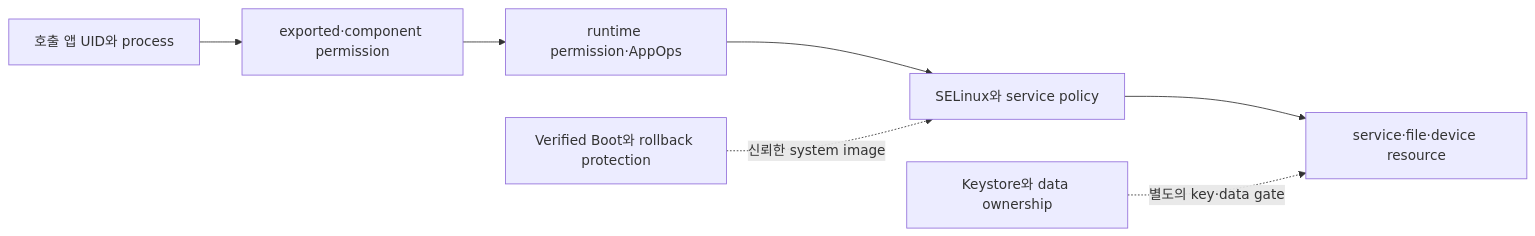
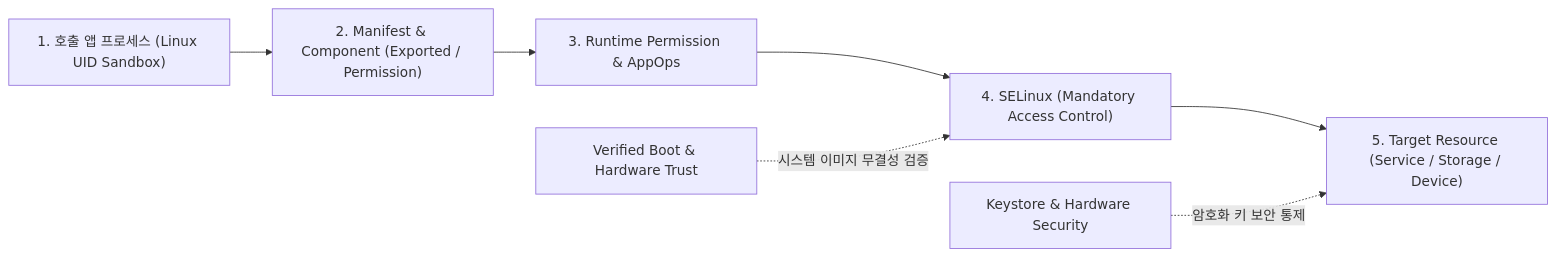
The diagram in 01_inbox/mobile/android/00_foundations/overview/foundation-contracts/android-security-is-layered-from-uid-sandbox-to-permissions-and-verified-boot.md (youngmin-gwon/what-i-studied), drawn with Mermaid before and after one commit. The commit also changed other lines of this file and 13 other files, not shown here.

````diff
--- a/01_inbox/mobile/android/00_foundations/overview/foundation-contracts/android-security-is-layered-from-uid-sandbox-to-permissions-and-verified-boot.md
+++ b/01_inbox/mobile/android/00_foundations/overview/foundation-contracts/android-security-is-layered-from-uid-sandbox-to-permissions-and-verified-boot.md
@@ -16,9 +20,10 @@
 ```mermaid
 flowchart LR
-    Caller["호출 앱 UID와 process"] --> Component["exported·component permission"]
-    Component --> Runtime["runtime permission·AppOps"]
-    Runtime --> MAC["SELinux와 service policy"]
-    MAC --> Resource["service·file·device resource"]
-    Boot["Verified Boot와 rollback protection"] -. "신뢰한 system image" .-> MAC
-    Keys["Keystore와 data ownership"] -. "별도의 key·data gate" .-> Resource
+    Caller["1. 호출 앱 프로세스 (Linux UID Sandbox)"] --> Component["2. Manifest & Component (Exported / Permission)"]
+    Component --> Runtime["3. Runtime Permission & AppOps"]
+    Runtime --> MAC["4. SELinux (Mandatory Access Control)"]
+    MAC --> Resource["5. Target Resource (Service / Storage / Device)"]
+    
+    Boot["Verified Boot & Hardware Trust"] -. "시스템 이미지 무결성 검증" .-> MAC
+    Keys["Keystore & Hardware Security"] -. "암호화 키 보안 통제" .-> Resource
 ```
````
